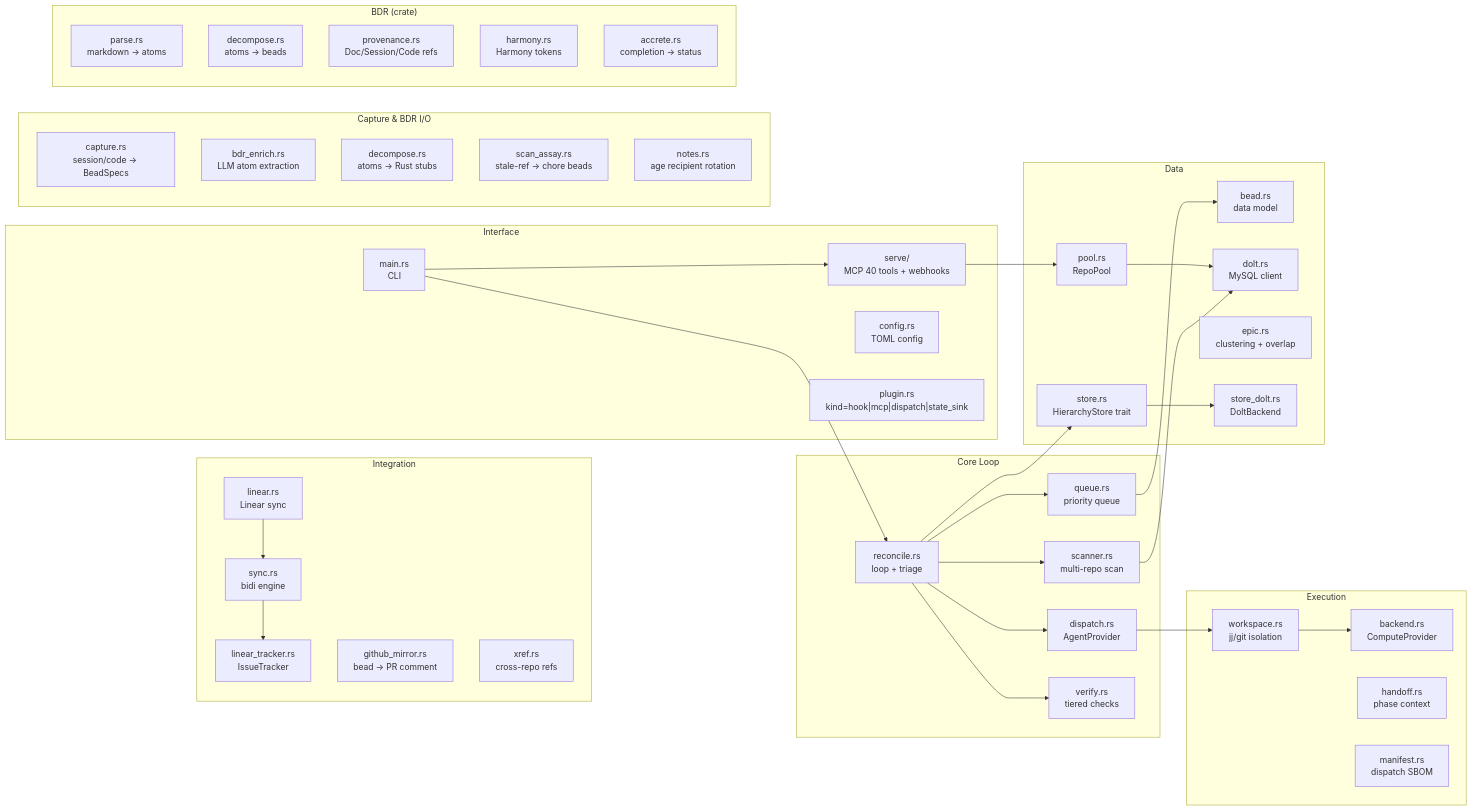
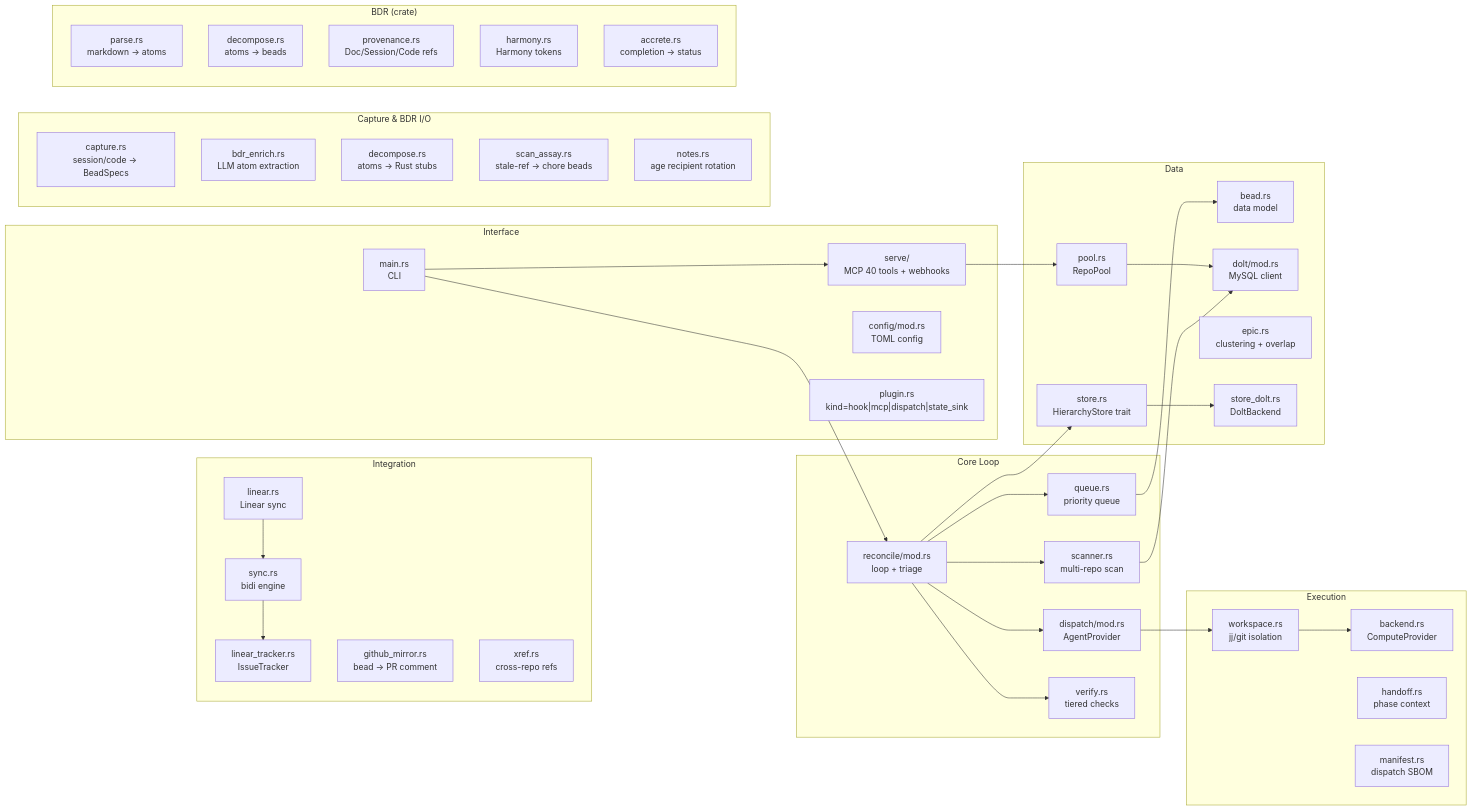
Before and after one commit to agentic-research/rosary: the seventh of 9 diagrams in docs/ARCHITECTURE.md, drawn with Mermaid. The commit also changed other lines of this file and 6 other files, not shown here.

````diff
--- a/docs/ARCHITECTURE.md
+++ b/docs/ARCHITECTURE.md
@@ -182,66 +182,66 @@
 ```mermaid
 graph LR
     subgraph "Core Loop"
-        reconcile["reconcile.rs<br/>loop + triage"]
+        reconcile["reconcile/mod.rs<br/>loop + triage"]
         scanner["scanner.rs<br/>multi-repo scan"]
         queue["queue.rs<br/>priority queue"]
-        dispatch["dispatch.rs<br/>AgentProvider"]
+        dispatch["dispatch/mod.rs<br/>AgentProvider"]
         verify["verify.rs<br/>tiered checks"]
     end
 
     subgraph "Execution"
         workspace["workspace.rs<br/>jj/git isolation"]
         backend["backend.rs<br/>ComputeProvider"]
         handoff["handoff.rs<br/>phase context"]
         manifest["manifest.rs<br/>dispatch SBOM"]
     end
 
     subgraph "Data"
         bead["bead.rs<br/>data model"]
-        dolt["dolt.rs<br/>MySQL client"]
+        dolt["dolt/mod.rs<br/>MySQL client"]
         pool["pool.rs<br/>RepoPool"]
         epic["epic.rs<br/>clustering + overlap"]
         store["store.rs<br/>HierarchyStore trait"]
         store_dolt["store_dolt.rs<br/>DoltBackend"]
     end
 
     subgraph "Integration"
         linear["linear.rs<br/>Linear sync"]
         linear_tracker["linear_tracker.rs<br/>IssueTracker"]
         github_mirror["github_mirror.rs<br/>bead → PR comment"]
         sync["sync.rs<br/>bidi engine"]
         xref["xref.rs<br/>cross-repo refs"]
     end
 
     subgraph "Interface"
         main["main.rs<br/>CLI"]
         serve["serve/<br/>MCP 40 tools + webhooks"]
-        config["config.rs<br/>TOML config"]
+        config["config/mod.rs<br/>TOML config"]
         plugin["plugin.rs<br/>kind=hook|mcp|dispatch|state_sink"]
     end
 
     subgraph "Capture & BDR I/O"
         capture["capture.rs<br/>session/code → BeadSpecs"]
         bdr_enrich["bdr_enrich.rs<br/>LLM atom extraction"]
         decompose["decompose.rs<br/>atoms → Rust stubs"]
         scan_assay["scan_assay.rs<br/>stale-ref → chore beads"]
         notes["notes.rs<br/>age recipient rotation"]
     end
 
     subgraph "BDR (crate)"
         bdr_parse["parse.rs<br/>markdown → atoms"]
         bdr_decompose["decompose.rs<br/>atoms → beads"]
         bdr_provenance["provenance.rs<br/>Doc/Session/Code refs"]
         bdr_harmony["harmony.rs<br/>Harmony tokens"]
         bdr_accrete["accrete.rs<br/>completion → status"]
     end
 
     reconcile --> scanner --> dolt
     reconcile --> queue --> bead
     reconcile --> dispatch --> workspace --> backend
     reconcile --> verify
     reconcile --> store --> store_dolt
     serve --> pool --> dolt
     linear --> sync --> linear_tracker
     main --> reconcile & serve
 ```
````
